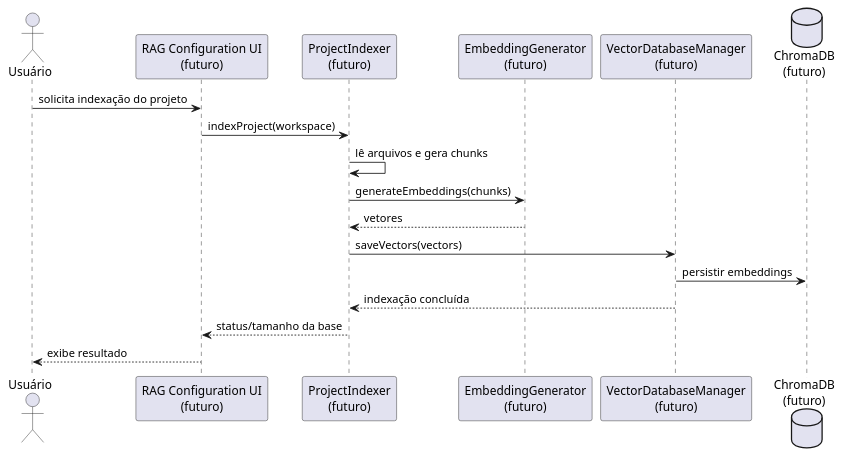
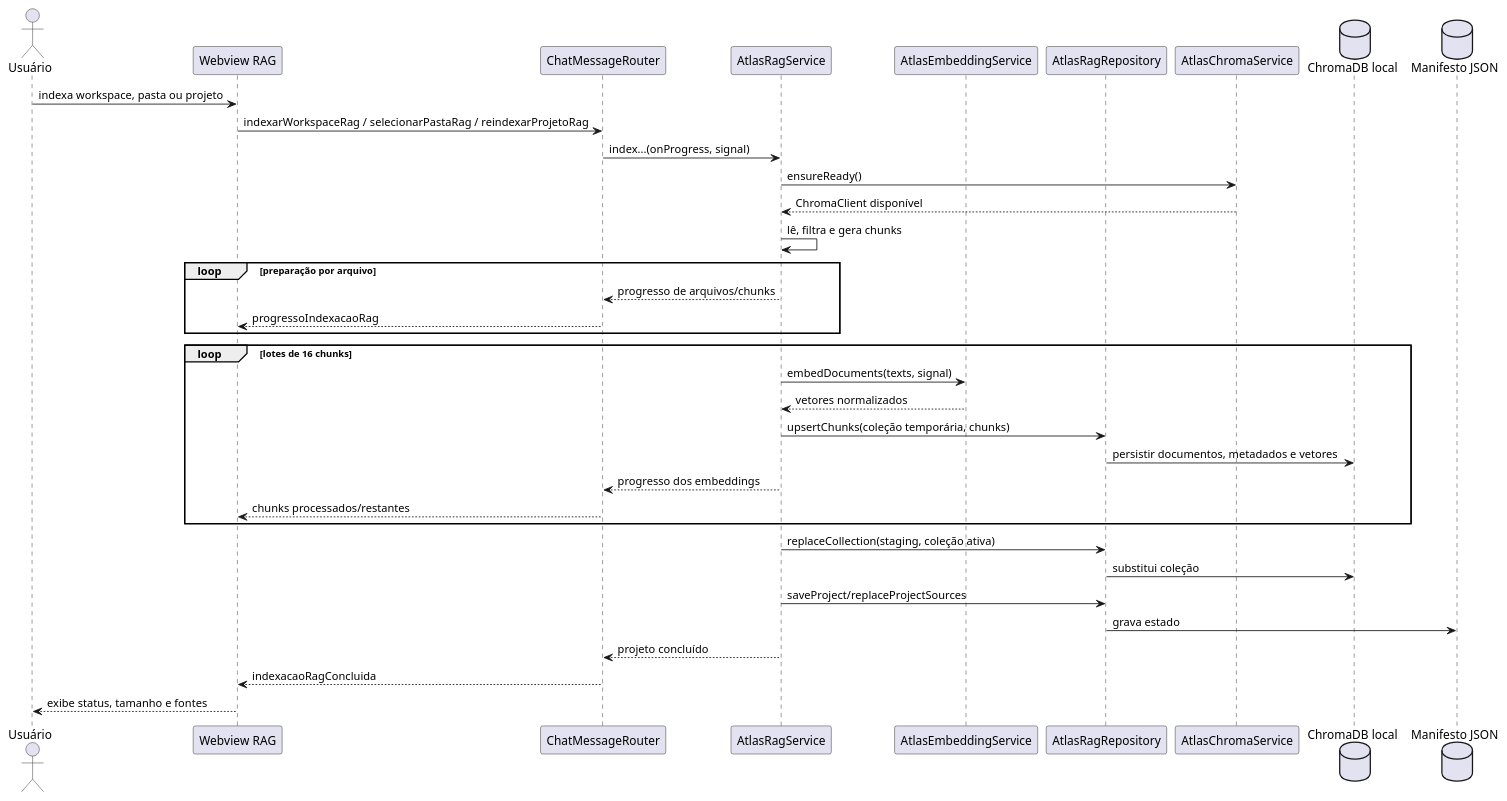
Diagram 34 of 40 in docs/plantuml-diagramas-por-caso-de-uso-atlas.md (JVictorVI/ATLAS), drawn with PlantUML before and after one commit. The commit also changed other lines of this file and 22 other files, not shown here.

````diff
--- a/docs/plantuml-diagramas-por-caso-de-uso-atlas.md
+++ b/docs/plantuml-diagramas-por-caso-de-uso-atlas.md
@@ -1164,22 +1188,40 @@
 ```plantuml
 @startuml
 skinparam shadowing false
 actor Usuário
-participant "RAG Configuration UI\n(futuro)" as UI
-participant "ProjectIndexer\n(futuro)" as Indexer
-participant "EmbeddingGenerator\n(futuro)" as Embeddings
-participant "VectorDatabaseManager\n(futuro)" as VectorDb
-database "ChromaDB\n(futuro)" as Chroma
+participant "Webview RAG" as UI
+participant ChatMessageRouter as Router
+participant AtlasRagService as RAG
+participant AtlasEmbeddingService as Embeddings
+participant AtlasRagRepository as Repository
+participant AtlasChromaService as Runtime
+database "ChromaDB local" as Chroma
+database "Manifesto JSON" as Manifest
 
-Usuário -> UI : solicita indexação do projeto
-UI -> Indexer : indexProject(workspace)
-Indexer -> Indexer : lê arquivos e gera chunks
-Indexer -> Embeddings : generateEmbeddings(chunks)
-Embeddings --> Indexer : vetores
-Indexer -> VectorDb : saveVectors(vectors)
-VectorDb -> Chroma : persistir embeddings
-VectorDb --> Indexer : indexação concluída
-Indexer --> UI : status/tamanho da base
-UI --> Usuário : exibe resultado
+Usuário -> UI : indexa workspace, pasta ou projeto
+UI -> Router : indexarWorkspaceRag / selecionarPastaRag / reindexarProjetoRag
+Router -> RAG : index...(onProgress, signal)
+RAG -> Runtime : ensureReady()
+Runtime --> RAG : ChromaClient disponível
+RAG -> RAG : lê, filtra e gera chunks
+loop preparação por arquivo
+  RAG --> Router : progresso de arquivos/chunks
+  Router --> UI : progressoIndexacaoRag
+end
+loop lotes de 16 chunks
+  RAG -> Embeddings : embedDocuments(texts, signal)
+  Embeddings --> RAG : vetores normalizados
+  RAG -> Repository : upsertChunks(coleção temporária, chunks)
+  Repository -> Chroma : persistir documentos, metadados e vetores
+  RAG --> Router : progresso dos embeddings
+  Router --> UI : chunks processados/restantes
+end
+RAG -> Repository : replaceCollection(staging, coleção ativa)
+Repository -> Chroma : substitui coleção
+RAG -> Repository : saveProject/replaceProjectSources
+Repository -> Manifest : grava estado
+RAG --> Router : projeto concluído
+Router --> UI : indexacaoRagConcluida
+UI --> Usuário : exibe status, tamanho e fontes
 @enduml
 ```
````
